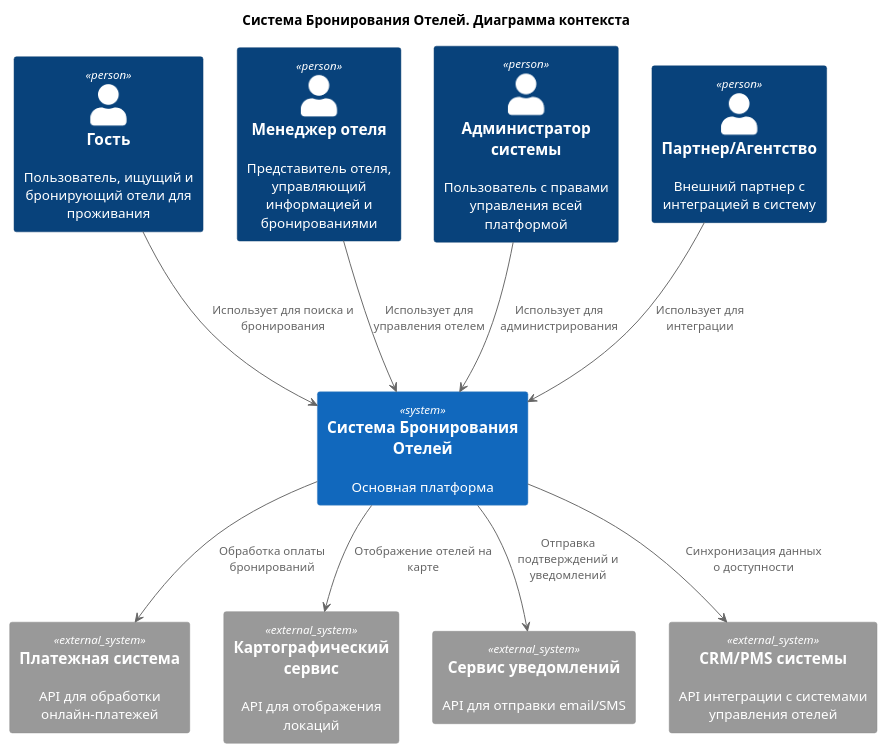
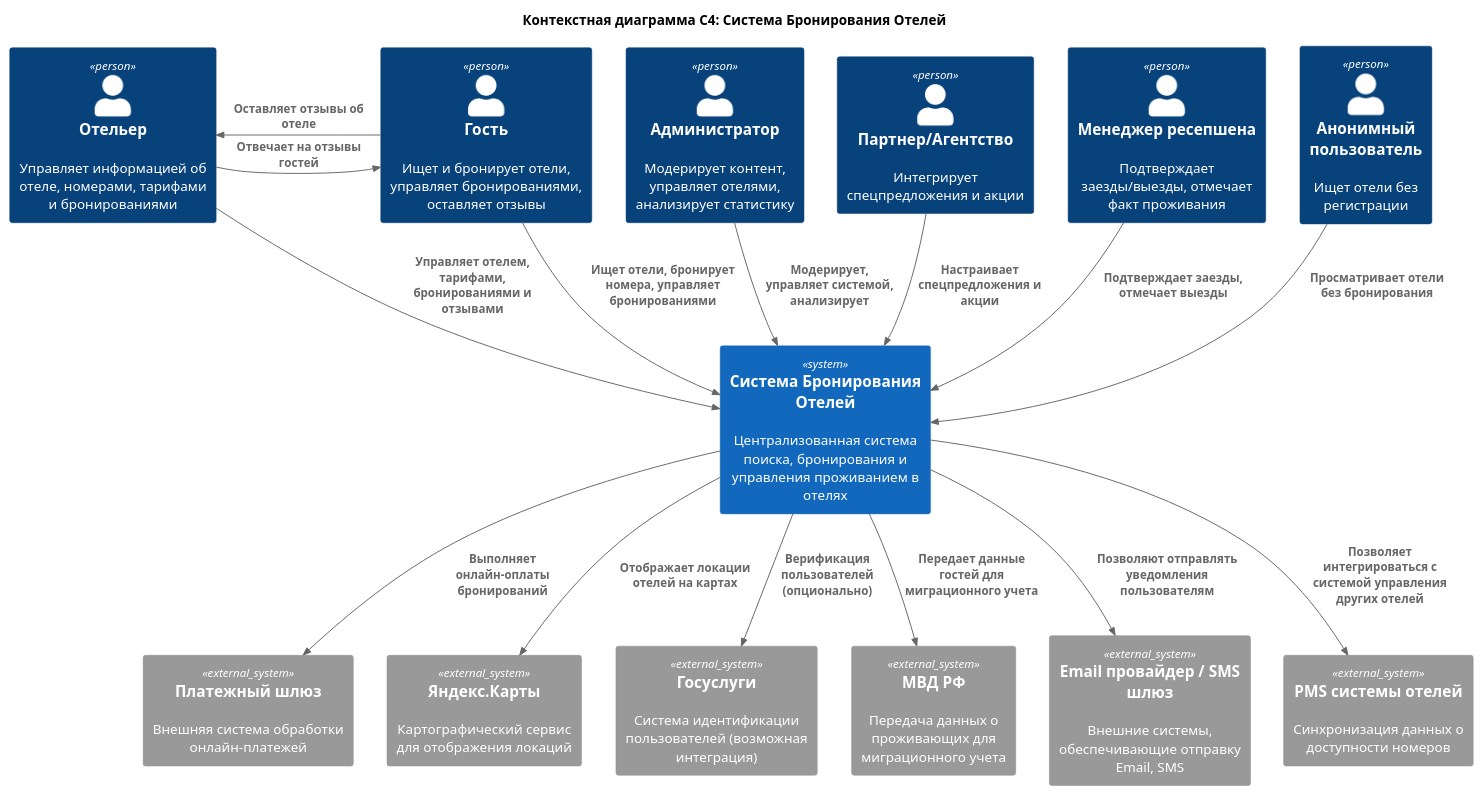
The diagram in 2. Технический проект/с4-context.puml (neegorolewa/project-doc), drawn with PlantUML before and after one commit. The commit also changed 2 other files, not shown here.

```diff
--- a/2. Технический проект/с4-context.puml
+++ b/2. Технический проект/с4-context.puml
@@ -1,30 +1,39 @@
-    @startuml HotelBookingSystem Контекст
+@startuml
+!include https://raw.githubusercontent.com/plantuml-stdlib/C4-PlantUML/master/C4_Context.puml
 
-!include https://raw.githubusercontent.com/plantuml-stdlib/C4-PlantUML/master/C4_Container.puml
+title Контекстная диаграмма C4: Система Бронирования Отелей
 
-title "Система Бронирования Отелей. Диаграмма контекста"
+Person(guest, "Гость", "Ищет и бронирует отели, управляет бронированиями, оставляет отзывы")
+Person(hotelier, "Отельер", "Управляет информацией об отеле, номерами, тарифами и бронированиями")
+Person(admin, "Администратор", "Модерирует контент, управляет отелями, анализирует статистику")
+Person(partner, "Партнер/Агентство", "Интегрирует спецпредложения и акции")
+Person(reception, "Менеджер ресепшена", "Подтверждает заезды/выезды, отмечает факт проживания")
+Person(anon_user, "Анонимный пользователь", "Ищет отели без регистрации")
 
-Person(guest, "Гость", "Пользователь, ищущий и бронирующий отели для проживания")
-Person(hotelManager, "Менеджер отеля", "Представитель отеля, управляющий информацией и бронированиями")
-Person(admin, "Администратор системы", "Пользователь с правами управления всей платформой")
-Person(partner, "Партнер/Агентство", "Внешний партнер с интеграцией в систему")
+System(hotel_booking_system, "Система Бронирования Отелей", "Централизованная система поиска, бронирования и управления проживанием в отелях")
 
-System(hotelBookingSystem, "Система Бронирования Отелей", "Основная платформа")
-    guest ---> hotelBookingSystem : "Использует для поиска и бронирования"
-    hotelManager ---> hotelBookingSystem : "Использует для управления отелем"
-    admin ---> hotelBookingSystem : "Использует для администрирования"
-    partner ---> hotelBookingSystem : "Использует для интеграции"
+System_Ext(payment_gateway, "Платежный шлюз", "Внешняя система обработки онлайн-платежей")
+System_Ext(yandex_maps, "Яндекс.Карты", "Картографический сервис для отображения локаций")
+System_Ext(gosuslugi, "Госуслуги", "Система идентификации пользователей (возможная интеграция)")
+System_Ext(mvd, "МВД РФ", "Передача данных о проживающих для миграционного учета")
+System_Ext(email_sms, "Email провайдер / SMS шлюз", "Внешние системы, обеспечивающие отправку Email, SMS")
+System_Ext(hotel_pms, "PMS системы отелей", "Синхронизация данных о доступности номеров")
 
-System_Ext(paymentSystem, "Платежная система", "API для обработки онлайн-платежей")
-    hotelBookingSystem --> paymentSystem : "Обработка оплаты бронирований"
+Rel(guest, hotel_booking_system, "Ищет отели, бронирует номера, управляет бронированиями")
+Rel(hotelier, hotel_booking_system, "Управляет отелем, тарифами, бронированиями и отзывами")
+Rel(admin, hotel_booking_system, "Модерирует, управляет системой, анализирует")
+Rel(partner, hotel_booking_system, "Настраивает спецпредложения и акции")
+Rel(reception, hotel_booking_system, "Подтверждает заезды, отмечает выезды")
+Rel(anon_user, hotel_booking_system, "Просматривает отели без бронирования")
 
-System_Ext(mapService, "Картографический сервис", "API для отображения локаций")
-    hotelBookingSystem --> mapService : "Отображение отелей на карте"
+Rel(hotel_booking_system, payment_gateway, "Выполняет онлайн-оплаты бронирований")
+Rel(hotel_booking_system, yandex_maps, "Отображает локации отелей на картах")
+Rel(hotel_booking_system, gosuslugi, "Верификация пользователей (опционально)")
+Rel(hotel_booking_system, mvd, "Передает данные гостей для миграционного учета")
+Rel(hotel_booking_system, email_sms, "Позволяют отправлять уведомления пользователям")
+Rel(hotel_booking_system, hotel_pms, "Позволяет интегрироваться с системой управления других отелей")
 
-System_Ext(notificationService, "Сервис уведомлений", "API для отправки email/SMS")
-    hotelBookingSystem --> notificationService : "Отправка подтверждений и уведомлений"
-
-System_Ext(crmPmsSystem, "CRM/PMS системы", "API интеграции с системами управления отелей")
-    hotelBookingSystem --> crmPmsSystem : "Синхронизация данных о доступности"
+Rel_L(guest, hotelier, "Оставляет отзывы об отеле")
+Rel_R(hotelier, guest, "Отвечает на отзывы гостей")
 
 @enduml
```
